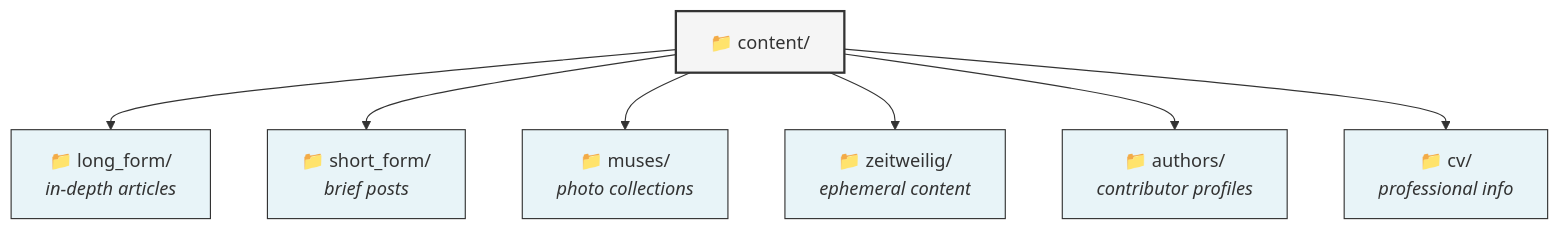
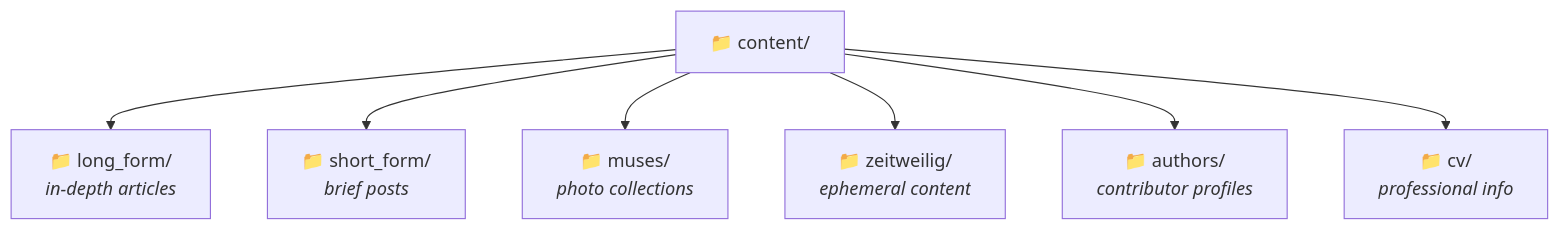
Before and after one commit to erfianugrah/revista-3: the fourth of 9 diagrams in README.md, drawn with Mermaid. The commit also changed other lines of this file and 4 other files, not shown here.

First line of the commit message:
chore: clean up docs — remove PLAN.md, merge Docker README, fix mermaid contrast

````diff
--- a/README.md
+++ b/README.md
@@ -278,15 +254,9 @@
 ```mermaid
 graph TD
-    classDef rootDir fill:#f5f5f5,stroke:#333,stroke-width:2px
-    classDef contentType fill:#e8f4f8,stroke:#333,stroke-width:1px
-
     A["📁 content/"] --> B["📁 long_form/<br><i>in-depth articles</i>"]
     A --> C["📁 short_form/<br><i>brief posts</i>"]
     A --> D["📁 muses/<br><i>photo collections</i>"]
     A --> E["📁 zeitweilig/<br><i>ephemeral content</i>"]
     A --> F["📁 authors/<br><i>contributor profiles</i>"]
     A --> G["📁 cv/<br><i>professional info</i>"]
-
-    class A rootDir
-    class B,C,D,E,F,G contentType
 ```
````
